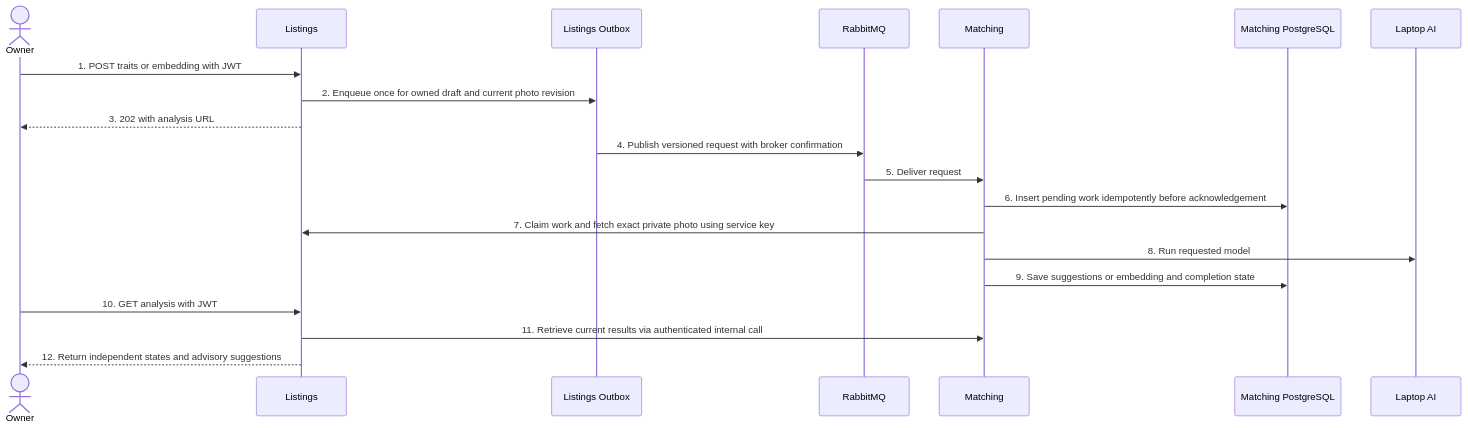
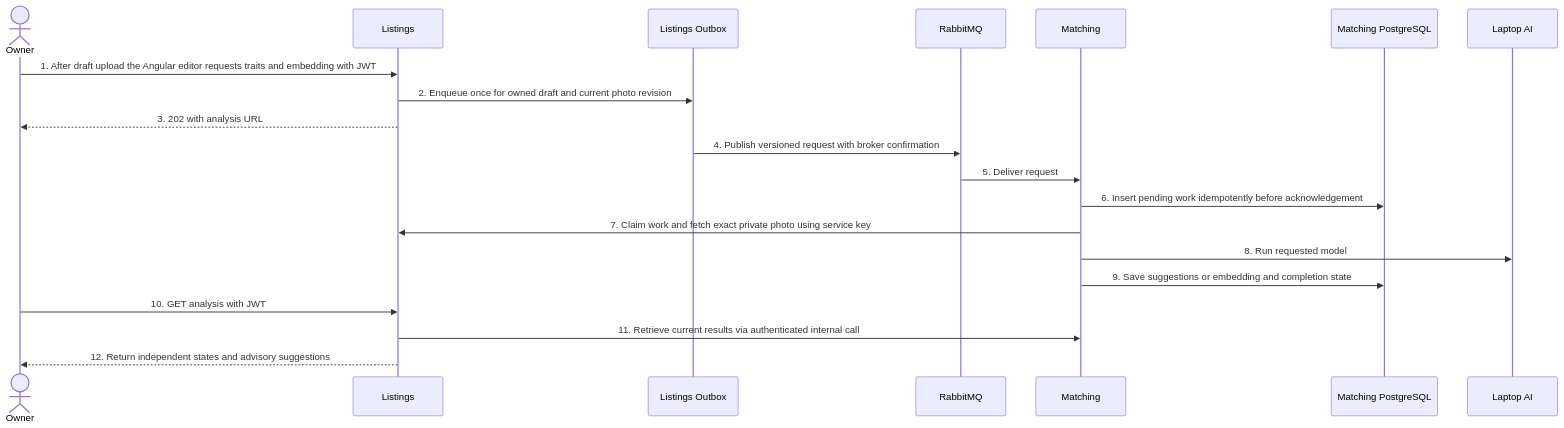
The fourth of 16 diagrams in src/Services/Listings/COMMUNICATION.md (bogdan-spilevoi/ASET-master-year-1), drawn with Mermaid before and after one commit. The commit also changed other lines of this file and 135 other files, not shown here.

````diff
--- a/src/Services/Listings/COMMUNICATION.md
+++ b/src/Services/Listings/COMMUNICATION.md
@@ -35,22 +72,22 @@
 ```mermaid
 sequenceDiagram
     actor Owner
     participant L as Listings
     participant O as Listings Outbox
     participant R as RabbitMQ
     participant M as Matching
     participant DB as Matching PostgreSQL
     participant AI as Laptop AI
-    Owner->>L: 1. POST traits or embedding with JWT
+    Owner->>L: 1. After draft upload the Angular editor requests traits and embedding with JWT
     L->>O: 2. Enqueue once for owned draft and current photo revision
     L-->>Owner: 3. 202 with analysis URL
     O->>R: 4. Publish versioned request with broker confirmation
     R->>M: 5. Deliver request
     M->>DB: 6. Insert pending work idempotently before acknowledgement
     M->>L: 7. Claim work and fetch exact private photo using service key
     M->>AI: 8. Run requested model
     M->>DB: 9. Save suggestions or embedding and completion state
     Owner->>L: 10. GET analysis with JWT
     L->>M: 11. Retrieve current results via authenticated internal call
     L-->>Owner: 12. Return independent states and advisory suggestions
 ```
````
